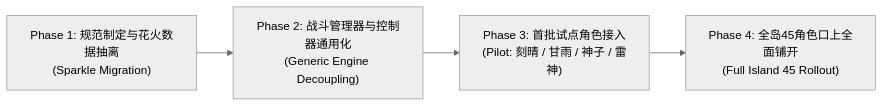
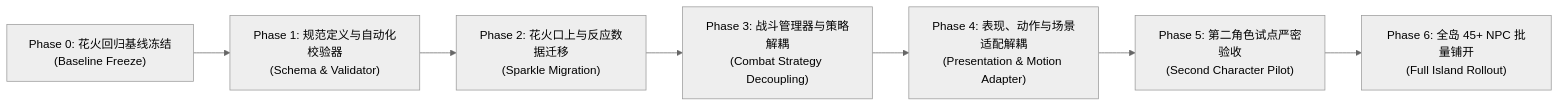
One commit to maru044/prism-route changed the second of 2 diagrams in plans/npc_koujou_injection_architecture_plan.md. Above: the diagram before and after it, drawn with Mermaid (neutral theme). The commit also changed other lines of this file and 36 other files, not shown here.

Commit message:
feat(npc): implement universal data-driven koujou architecture and keqing pilot acceptance

````diff
--- a/plans/npc_koujou_injection_architecture_plan.md
+++ b/plans/npc_koujou_injection_architecture_plan.md
@@ -128,6 +245,9 @@
 ```mermaid
 flowchart LR
-    P1["Phase 1: 规范制定与花火数据抽离<br/>(Sparkle Migration)"] --> P2["Phase 2: 战斗管理器与控制器通用化<br/>(Generic Engine Decoupling)"]
-    P2 --> P3["Phase 3: 首批试点角色接入<br/>(Pilot: 刻晴 / 甘雨 / 神子 / 雷神)"]
-    P3 --> P4["Phase 4: 全岛45角色口上全面铺开<br/>(Full Island 45 Rollout)"]
+    P0["Phase 0: 花火回归基线冻结<br/>(Baseline Freeze)"] --> P1["Phase 1: 规范定义与自动化校验器<br/>(Schema & Validator)"]
+    P1 --> P2["Phase 2: 花火口上与反应数据迁移<br/>(Sparkle Migration)"]
+    P2 --> P3["Phase 3: 战斗管理器与策略解耦<br/>(Combat Strategy Decoupling)"]
+    P3 --> P4["Phase 4: 表现、动作与场景适配解耦<br/>(Presentation & Motion Adapter)"]
+    P4 --> P5["Phase 5: 第二角色试点严密验收<br/>(Second Character Pilot)"]
+    P5 --> P6["Phase 6: 全岛 45+ NPC 批量铺开<br/>(Full Island Rollout)"]
 ```
````
